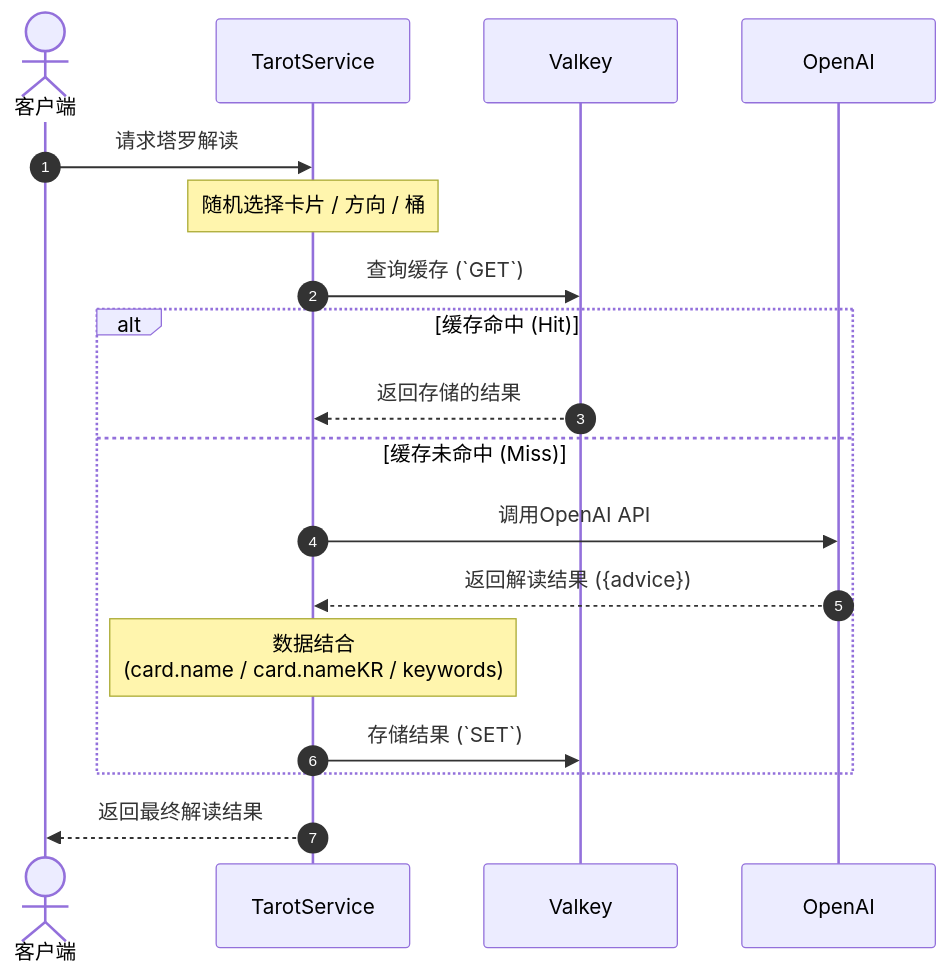
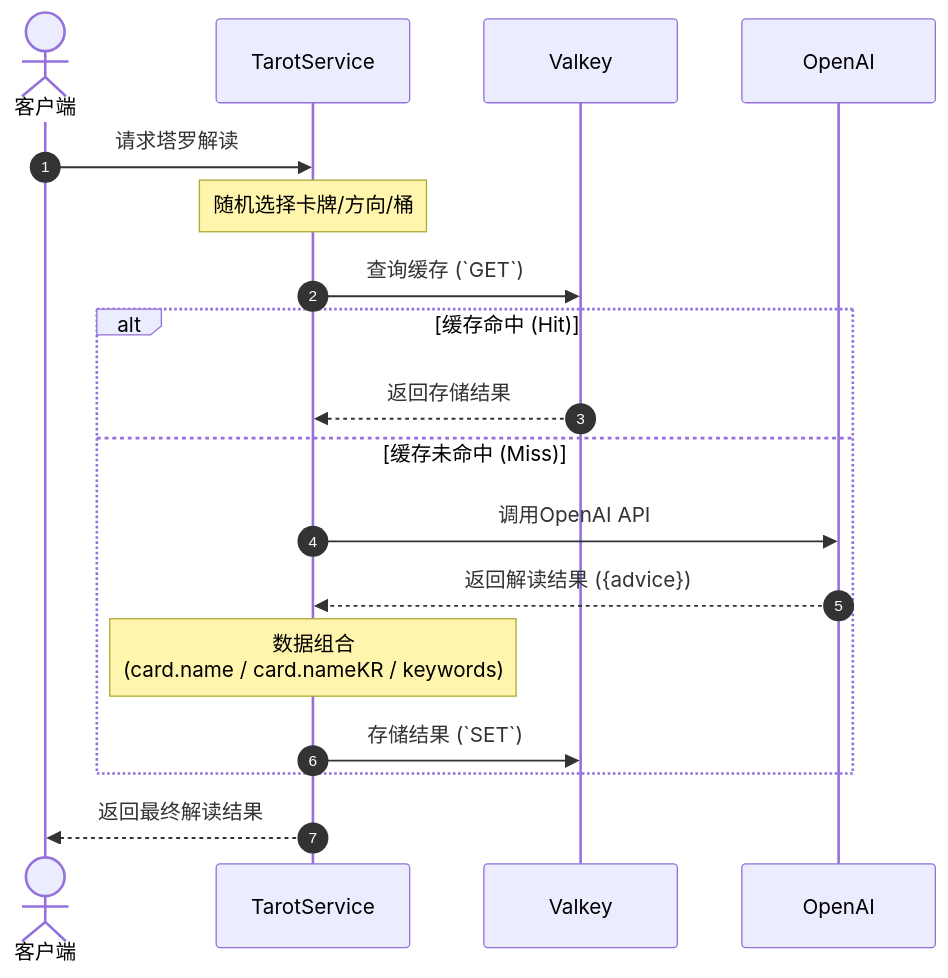
Before and after one commit to mandacode-labs/mandacode-devs: the first of 2 diagrams in src/content/blog/zh/tarot-deep-dive.md, drawn with Mermaid. The commit also changed other lines of this file and 30 other files, not shown here.

````diff
--- a/src/content/blog/zh/tarot-deep-dive.md
+++ b/src/content/blog/zh/tarot-deep-dive.md
@@ -65,26 +64,26 @@
 ```mermaid
 sequenceDiagram
     autonumber
     
     actor Client as 客户端
     participant Service as TarotService
     participant Cache as Valkey
     participant AI as OpenAI
     
     Client->>Service: 请求塔罗解读
-    Note over Service: 随机选择卡片 / 方向 / 桶
+    Note over Service: 随机选择卡牌/方向/桶
     
     Service->>Cache: 查询缓存 (`GET`)
     
     alt 缓存命中 (Hit)
-        Cache-->>Service: 返回存储的结果
+        Cache-->>Service: 返回存储结果
     else 缓存未命中 (Miss)
         Service->>AI: 调用OpenAI API
         AI-->>Service: 返回解读结果 ({advice})
-        Note over Service: 数据结合<br/>(card.name / card.nameKR / keywords)
+        Note over Service: 数据组合<br/>(card.name / card.nameKR / keywords)
         Service->>Cache: 存储结果 (`SET`)
     end
     
     Service-->>Client: 返回最终解读结果
 
 ```
````
